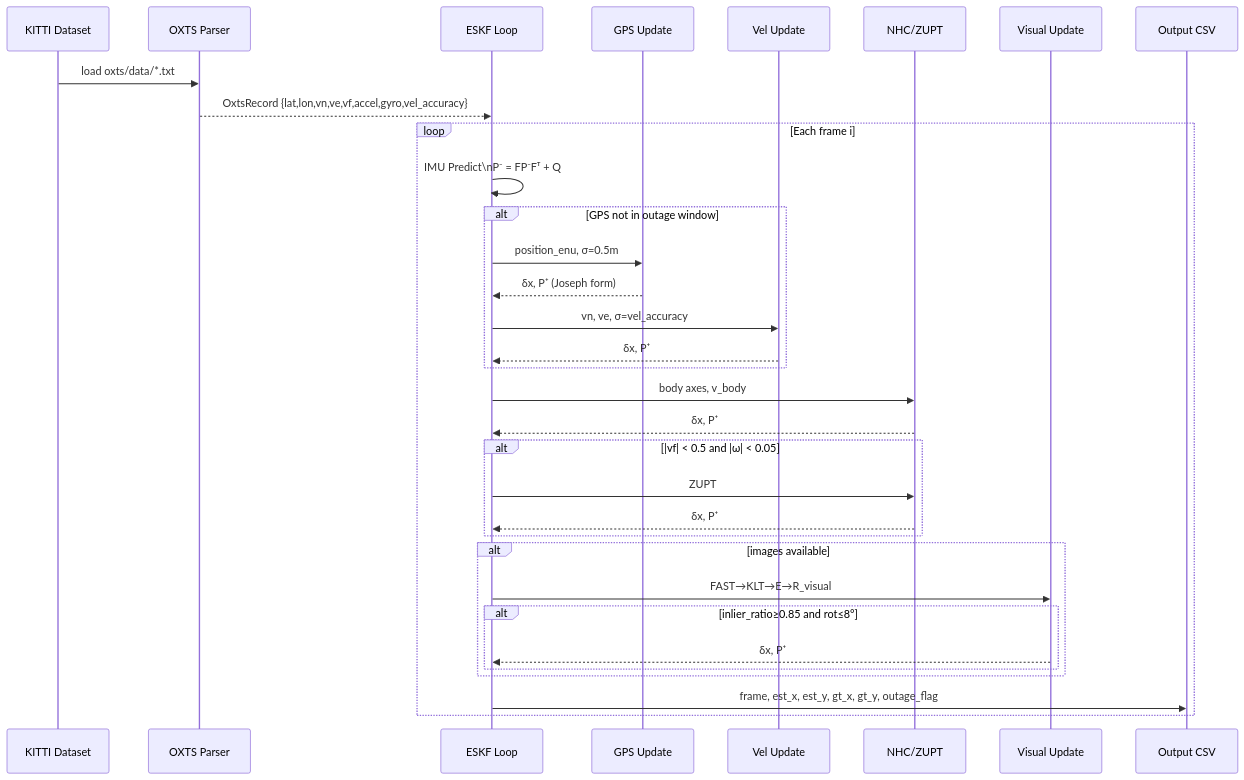
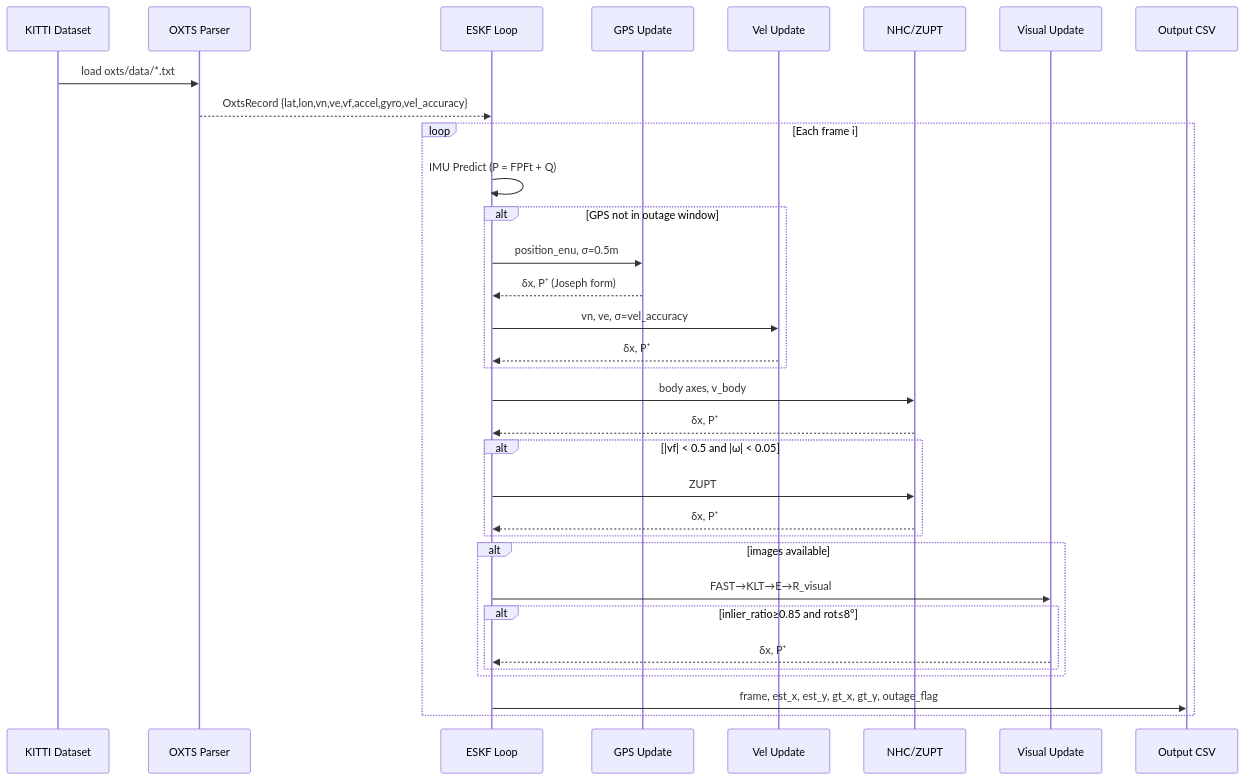
One commit to AkshayPR244/ErrorStateKalmanFilter changed the second of 3 diagrams in README.md. Above: the diagram before and after it, drawn with Mermaid. The commit also changed other lines of this file, not shown here.

````diff
--- a/README.md
+++ b/README.md
@@ -256,37 +256,37 @@
 ```mermaid
 sequenceDiagram
     participant KITTI as KITTI Dataset
     participant OXTS as OXTS Parser
     participant Filter as ESKF Loop
     participant GPS as GPS Update
     participant VEL as Vel Update
     participant NHC as NHC/ZUPT
     participant VIS as Visual Update
     participant OUT as Output CSV
 
     KITTI->>OXTS: load oxts/data/*.txt
     OXTS-->>Filter: OxtsRecord {lat,lon,vn,ve,vf,accel,gyro,vel_accuracy}
 
     loop Each frame i
-        Filter->>Filter: IMU Predict\nP⁻ = FP⁻Fᵀ + Q
+        Filter->>Filter: IMU Predict (P = FPFt + Q)
         alt GPS not in outage window
             Filter->>GPS: position_enu, σ=0.5m
             GPS-->>Filter: δx, P⁺ (Joseph form)
             Filter->>VEL: vn, ve, σ=vel_accuracy
             VEL-->>Filter: δx, P⁺
         end
         Filter->>NHC: body axes, v_body
         NHC-->>Filter: δx, P⁺
         alt |vf| < 0.5 and |ω| < 0.05
             Filter->>NHC: ZUPT
             NHC-->>Filter: δx, P⁺
         end
         alt images available
             Filter->>VIS: FAST→KLT→E→R_visual
             alt inlier_ratio≥0.85 and rot≤8°
                 VIS-->>Filter: δx, P⁺
             end
         end
         Filter->>OUT: frame, est_x, est_y, gt_x, gt_y, outage_flag
     end
 ```
````
